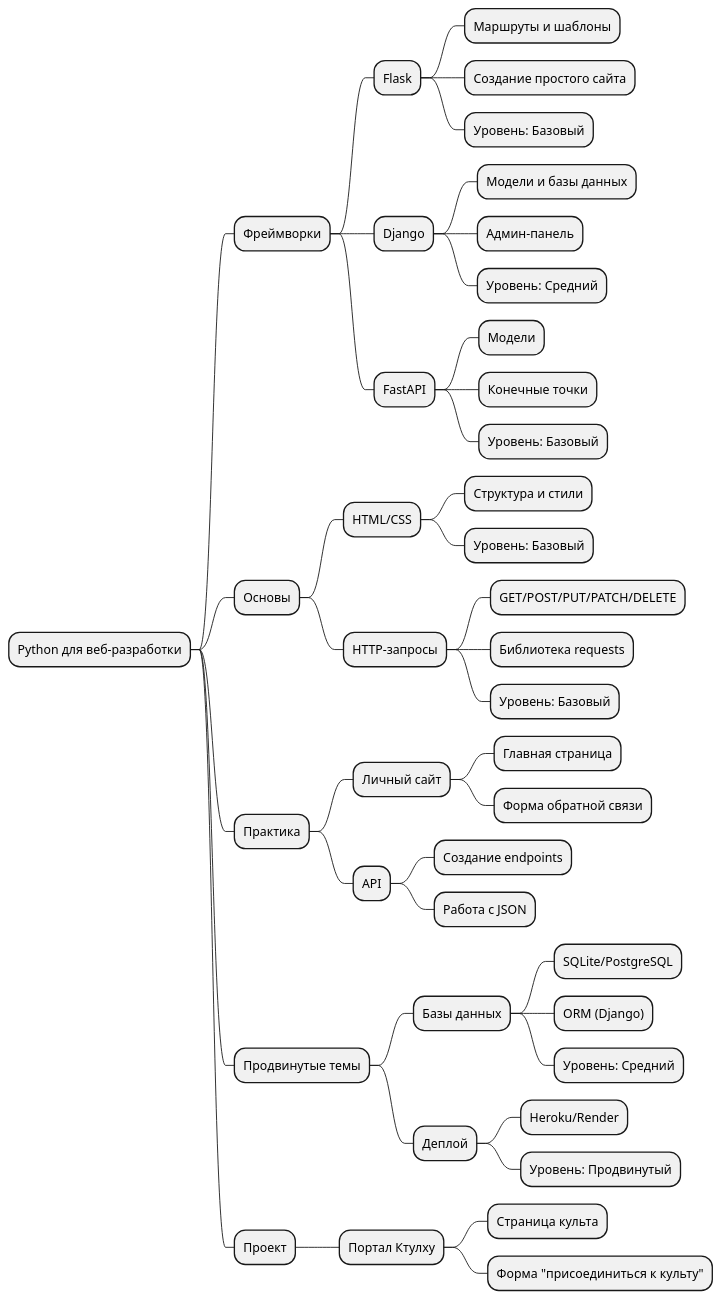
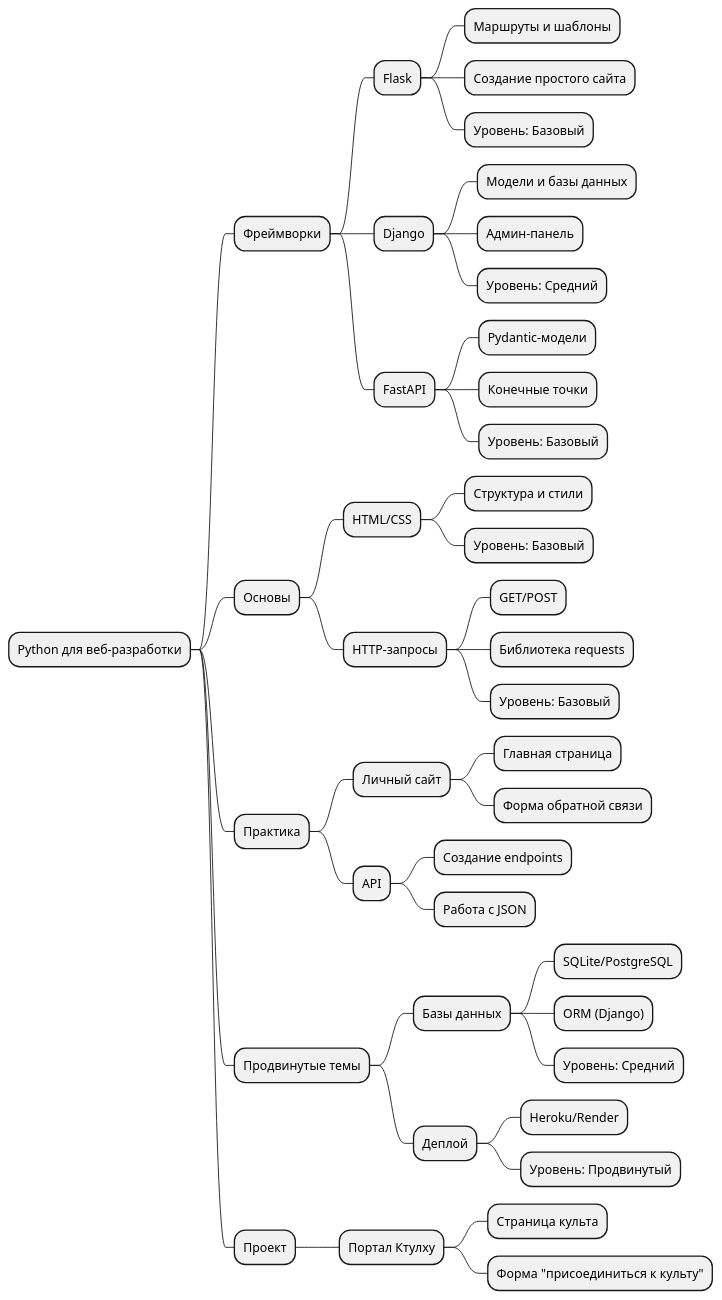
Before and after one commit to ErikNeph/ErikNeph_Obsidian: the second of 5 diagrams in Roadmap/Направления в Python в формате PlantUML.md, drawn with PlantUML. The commit also changed other lines of this file and 5 other files, not shown here.

````diff
--- a/Roadmap/Направления в Python в формате PlantUML.md
+++ b/Roadmap/Направления в Python в формате PlantUML.md
@@ -84,45 +84,45 @@
 ```plantuml
 @startmindmap
 * Python для веб-разработки
 ** Фреймворки
 *** Flask
 **** Маршруты и шаблоны
 **** Создание простого сайта
 **** Уровень: Базовый
 *** Django
 **** Модели и базы данных
 **** Админ-панель
 **** Уровень: Средний
 *** FastAPI
-**** Модели
+**** Pydantic-модели
 **** Конечные точки
 **** Уровень: Базовый
 ** Основы
 *** HTML/CSS
 **** Структура и стили
 **** Уровень: Базовый
 *** HTTP-запросы
-**** GET/POST/PUT/PATCH/DELETE
+**** GET/POST
 **** Библиотека requests
 **** Уровень: Базовый
 ** Практика
 *** Личный сайт
 **** Главная страница
 **** Форма обратной связи
 *** API
 **** Создание endpoints
 **** Работа с JSON
 ** Продвинутые темы
 *** Базы данных
 **** SQLite/PostgreSQL
 **** ORM (Django)
 **** Уровень: Средний
 *** Деплой
 **** Heroku/Render
 **** Уровень: Продвинутый
 ** Проект
 *** Портал Ктулху
 **** Страница культа
 **** Форма "присоединиться к культу"
 @endmindmap
 ```
````
